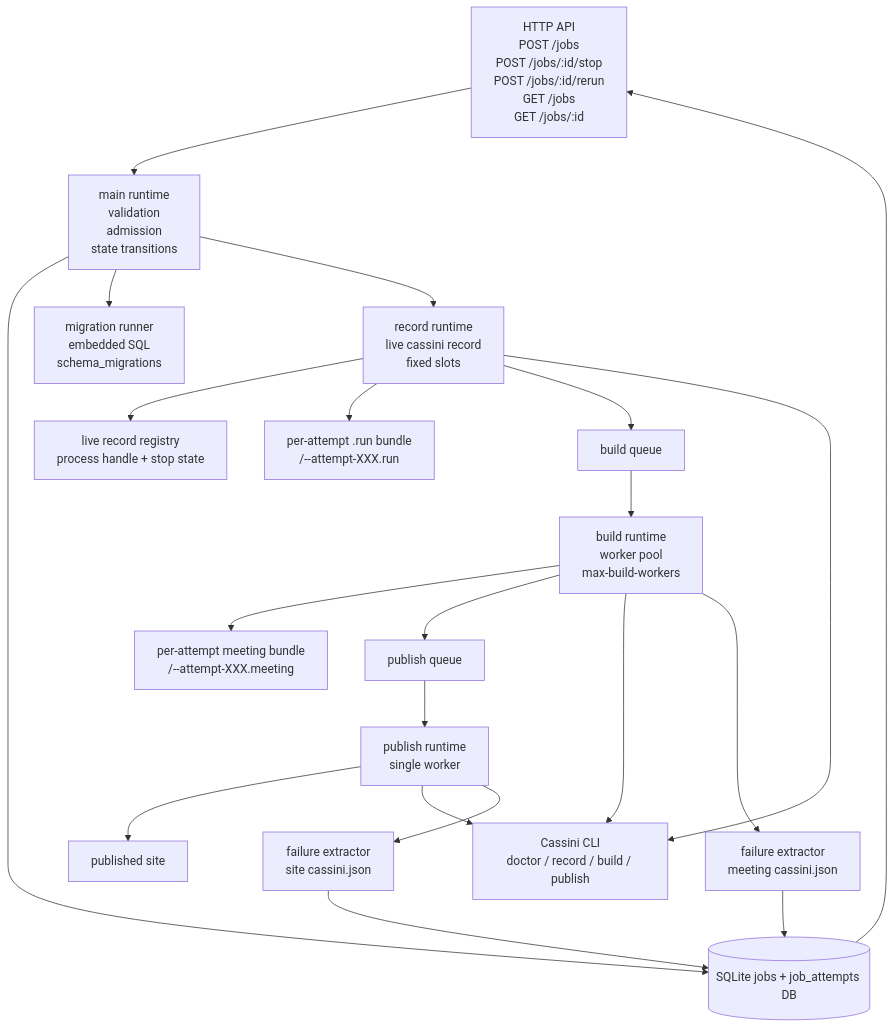
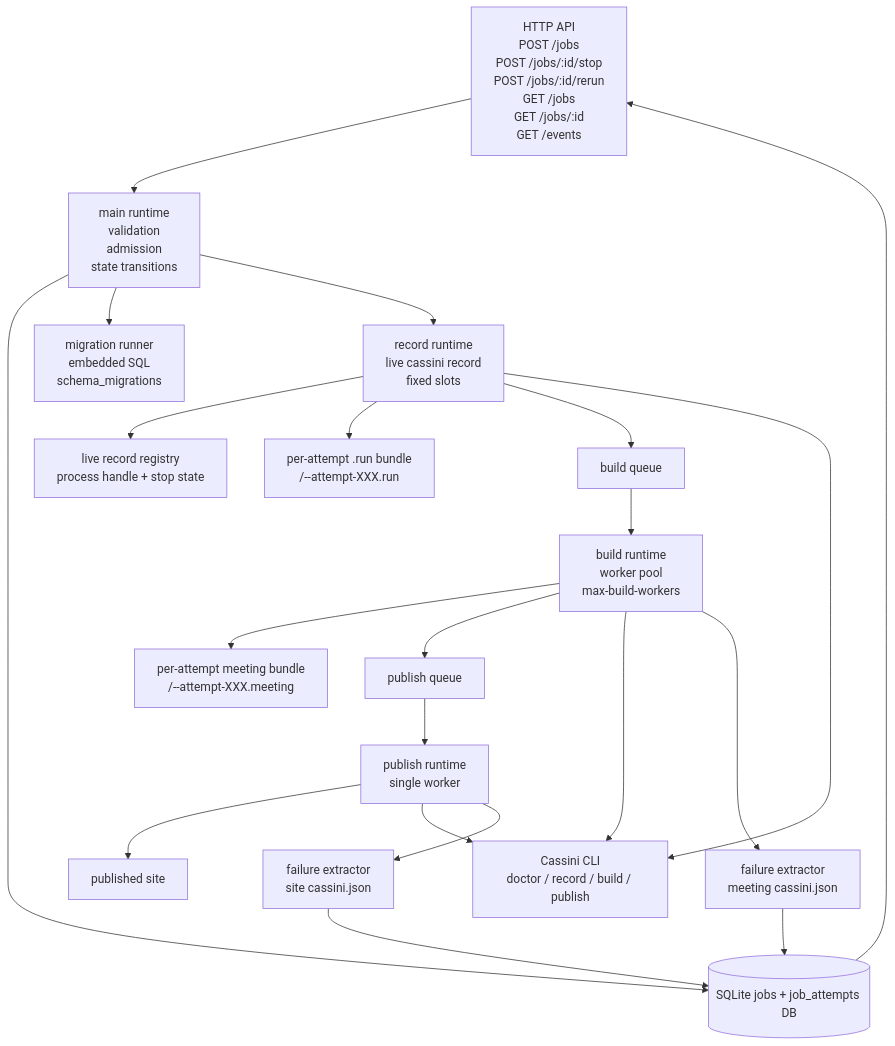
One commit to codemyriad/gocassini changed the first of 7 diagrams in cassini-operator/README.md. Above: the diagram before and after it, drawn with Mermaid. The commit also changed other lines of this file and 9 other files, not shown here.

````diff
--- a/cassini-operator/README.md
+++ b/cassini-operator/README.md
@@ -37,28 +38,28 @@
 ```mermaid
 flowchart TD
-  HTTP["HTTP API\nPOST /jobs\nPOST /jobs/:id/stop\nPOST /jobs/:id/rerun\nGET /jobs\nGET /jobs/:id"] --> RT["main runtime\nvalidation\nadmission\nstate transitions"]
+  HTTP["HTTP API\nPOST /jobs\nPOST /jobs/:id/stop\nPOST /jobs/:id/rerun\nGET /jobs\nGET /jobs/:id\nGET /events"] --> RT["main runtime\nvalidation\nadmission\nstate transitions"]
   RT --> DB[("SQLite jobs + job_attempts DB")]
   RT --> MIG["migration runner\nembedded SQL\nschema_migrations"]
 
   RT --> REC["record runtime\nlive cassini record\nfixed slots"]
   REC --> REG["live record registry\nprocess handle + stop state"]
   REC --> RUN["per-attempt .run bundle\n<work-root>/<job-id>--attempt-XXX.run"]
   REC --> BQ["build queue"]
 
   BQ --> BUILD["build runtime\nworker pool\nmax-build-workers"]
   BUILD --> MEET["per-attempt meeting bundle\n<work-root>/<job-id>--attempt-XXX.meeting"]
   BUILD --> PQ["publish queue"]
 
   PQ --> PUB["publish runtime\nsingle worker"]
   PUB --> SITE["published site\n<site-root>"]
 
   REC --> CLI["Cassini CLI\ndoctor / record / build / publish"]
   BUILD --> CLI
   PUB --> CLI
 
   BUILD --> MAN1["failure extractor\nmeeting cassini.json"]
   PUB --> MAN2["failure extractor\nsite cassini.json"]
   MAN1 --> DB
   MAN2 --> DB
   DB --> HTTP
 ```
````
